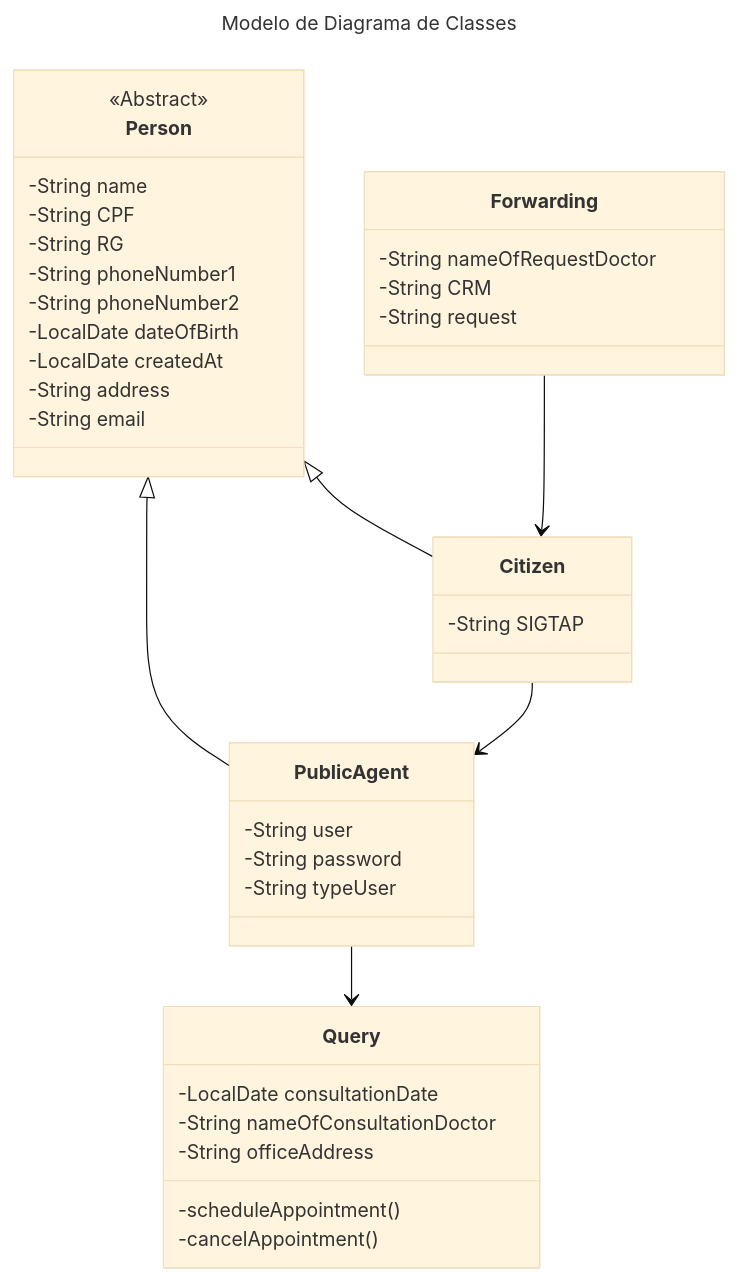
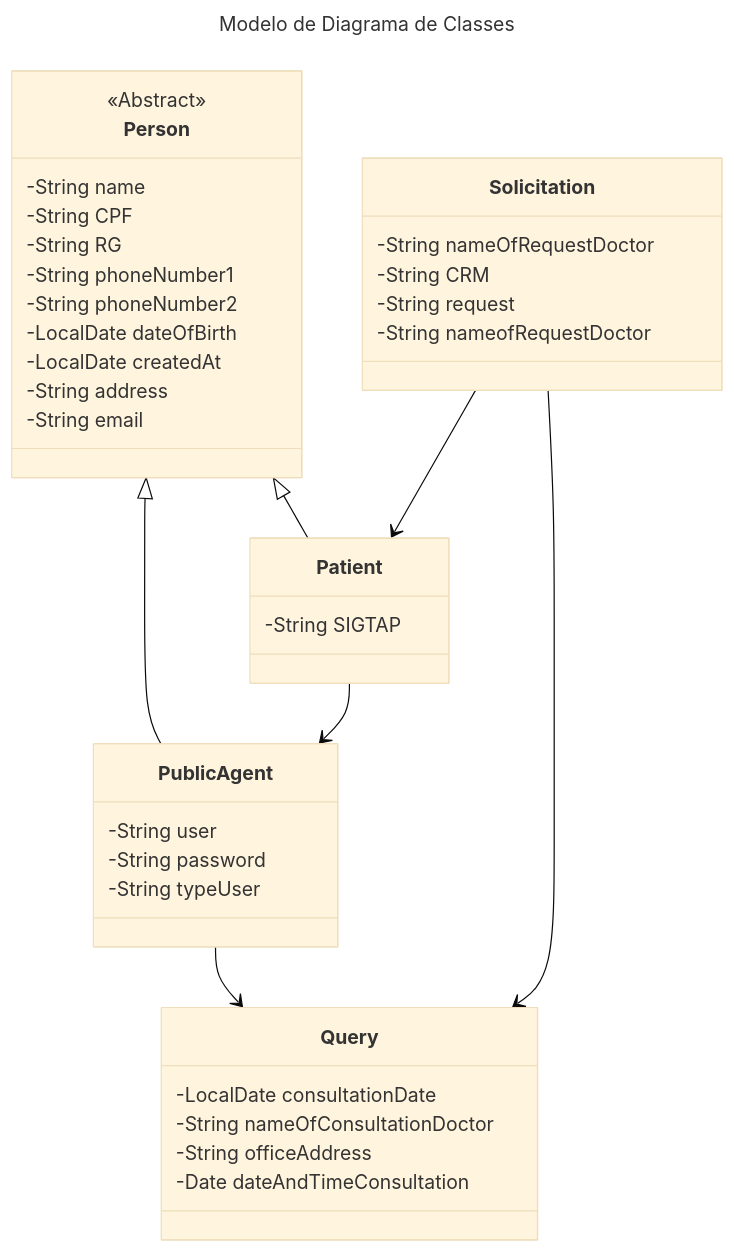
The first of 2 diagrams in README.md (FelipeMareira/oxe_marquei_lp2), drawn with Mermaid (base theme) before and after one commit. The commit also changed other lines of this file and 25 other files, not shown here.

````diff
--- a/README.md
+++ b/README.md
@@ -88,49 +88,49 @@
 ```mermaid
 ---
     title: Modelo de Diagrama de Classes
 ---
 classDiagram
     class Person {
         <<Abstract>> 
         -String name
         -String CPF
         -String RG
         -String phoneNumber1
         -String phoneNumber2
         -LocalDate dateOfBirth
         -LocalDate createdAt
         -String address
         -String email
 
     }
 
     Person <|-- PublicAgent
-    Citizen --> PublicAgent
+    Patient --> PublicAgent
     class PublicAgent {
         -String user
         -String password
         -String typeUser
     }
 
-    Person <|-- Citizen
-    class Citizen {
+    Person <|-- Patient
+    class Patient {
         -String SIGTAP
     }
     
-    Forwarding --> Citizen
-    class Forwarding {
+    Solicitation --> Patient
+    class Solicitation {
         -String nameOfRequestDoctor
         -String CRM
         -String request
+        -String nameofRequestDoctor
     }
 
     PublicAgent --> Query
+    Solicitation --> Query
     class Query {
         -LocalDate consultationDate
         -String nameOfConsultationDoctor
         -String officeAddress
-        
-        -scheduleAppointment()
-        -cancelAppointment()  
+        -Date dateAndTimeConsultation
     }
 ```
````
